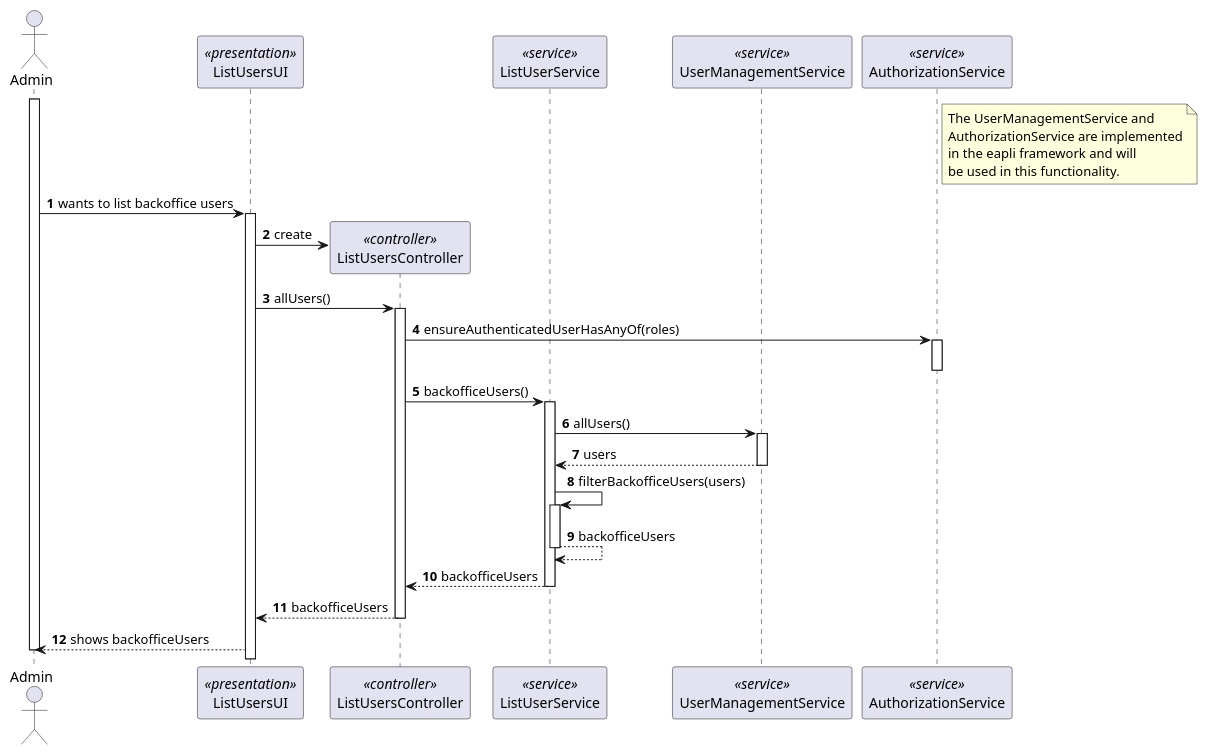
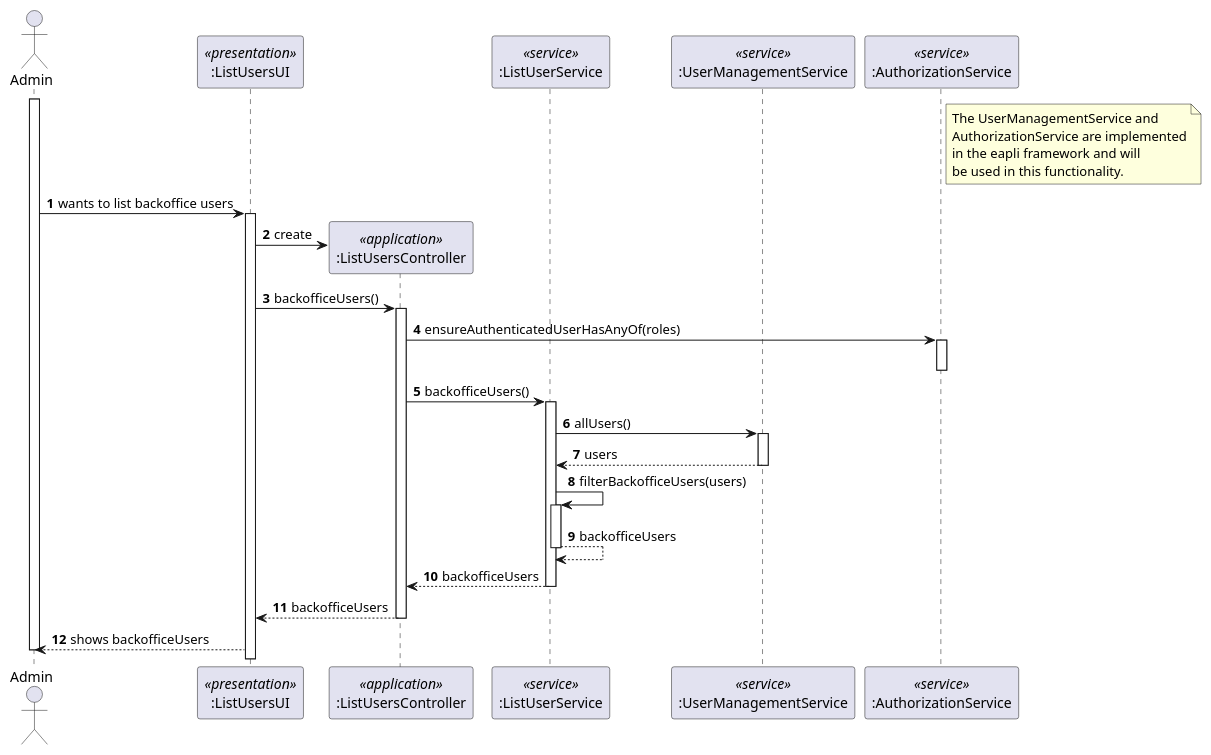
The diagram in docs/sb_us_1000/sequence-diagram-list-user.puml (rita-barbosa/LAPR4-2324), drawn with PlantUML before and after one commit. The commit also changed 15 other files, not shown here.

Commit message:
docs: corrects participants declaration in sequence diagrams of us's 1000, 1001, 1009 and g007. [#116]

```diff
--- a/docs/sb_us_1000/sequence-diagram-list-user.puml
+++ b/docs/sb_us_1000/sequence-diagram-list-user.puml
@@ -1,66 +1,66 @@
 @startuml
 autonumber
 
 
 actor "Admin" as AD
 
-participant "ListUsersUI" as UI <<presentation>>
-participant "ListUsersController" as CTRL <<controller>>
-participant "ListUserService" as FS <<service>>
-participant "UserManagementService" as UMS <<service>>
-participant "AuthorizationService" as AUTHZ <<service>>
+participant ":ListUsersUI" as UI <<presentation>>
+participant ":ListUsersController" as CTRL <<application>>
+participant ":ListUserService" as FS <<service>>
+participant ":UserManagementService" as UMS <<service>>
+participant ":AuthorizationService" as AUTHZ <<service>>
 
 note right AUTHZ
 The UserManagementService and
 AuthorizationService are implemented
 in the eapli framework and will
 be used in this functionality.
 end note
 
 
 activate AD
 
 AD -> UI : wants to list backoffice users
 activate UI
 
 UI -> CTRL**: create
 
 
 
-UI ->   CTRL: allUsers()
+UI ->   CTRL: backofficeUsers()
 activate CTRL
 
 CTRL -> AUTHZ:  ensureAuthenticatedUserHasAnyOf(roles)
 activate AUTHZ
 deactivate AUTHZ
 
 
 CTRL -> FS: backofficeUsers()
 activate FS
 
 
 FS -> UMS: allUsers()
 activate UMS
 
 UMS --> FS: users
 deactivate UMS
 
 FS -> FS: filterBackofficeUsers(users)
 activate FS
 
 FS --> FS: backofficeUsers
 deactivate FS
 
 
 FS --> CTRL: backofficeUsers
 deactivate FS
 
 
 CTRL --> UI: backofficeUsers
 deactivate CTRL
 
 UI --> AD: shows backofficeUsers
 
 deactivate AD
 
 @enduml
```
